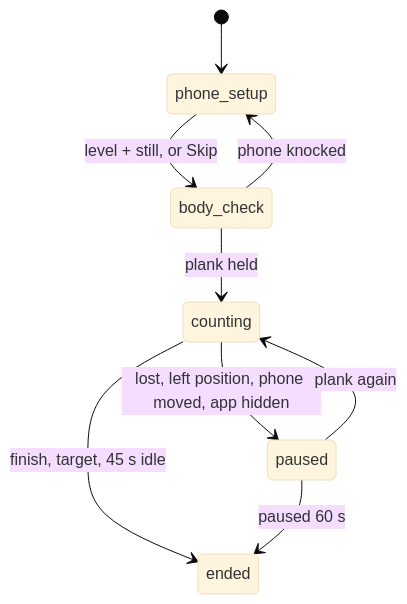
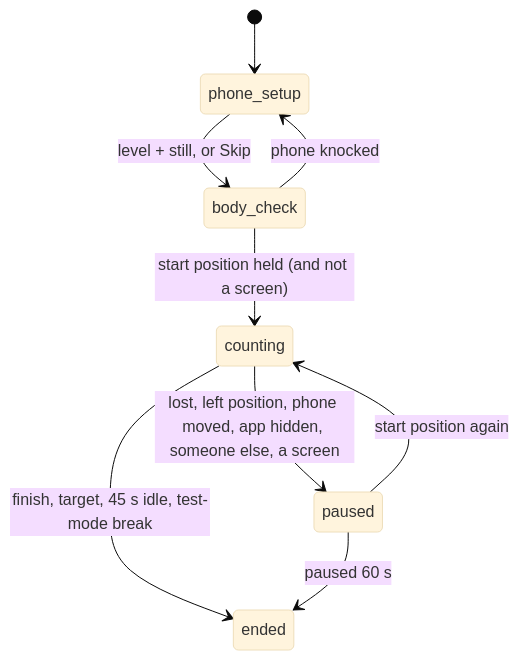
The second of 2 diagrams in docs/ARCHITECTURE.md (irfanayaz89/excercise-tracker), drawn with Mermaid (base theme) before and after one commit. The commit also changed other lines of this file, not shown here.

First line of the commit message:
Update architecture guide for plank and the real-person check

````diff
--- a/docs/ARCHITECTURE.md
+++ b/docs/ARCHITECTURE.md
@@ -212,11 +241,11 @@
 ```mermaid
 stateDiagram-v2
   [*] --> phone_setup
   phone_setup --> body_check: level + still, or Skip
   body_check --> phone_setup: phone knocked
-  body_check --> counting: plank held
-  counting --> paused: lost, left position, phone moved, app hidden
-  paused --> counting: plank again
-  counting --> ended: finish, target, 45 s idle
+  body_check --> counting: start position held (and not a screen)
+  counting --> paused: lost, left position, phone moved, app hidden, someone else, a screen
+  paused --> counting: start position again
+  counting --> ended: finish, target, 45 s idle, test-mode break
   paused --> ended: paused 60 s
 ```
````
